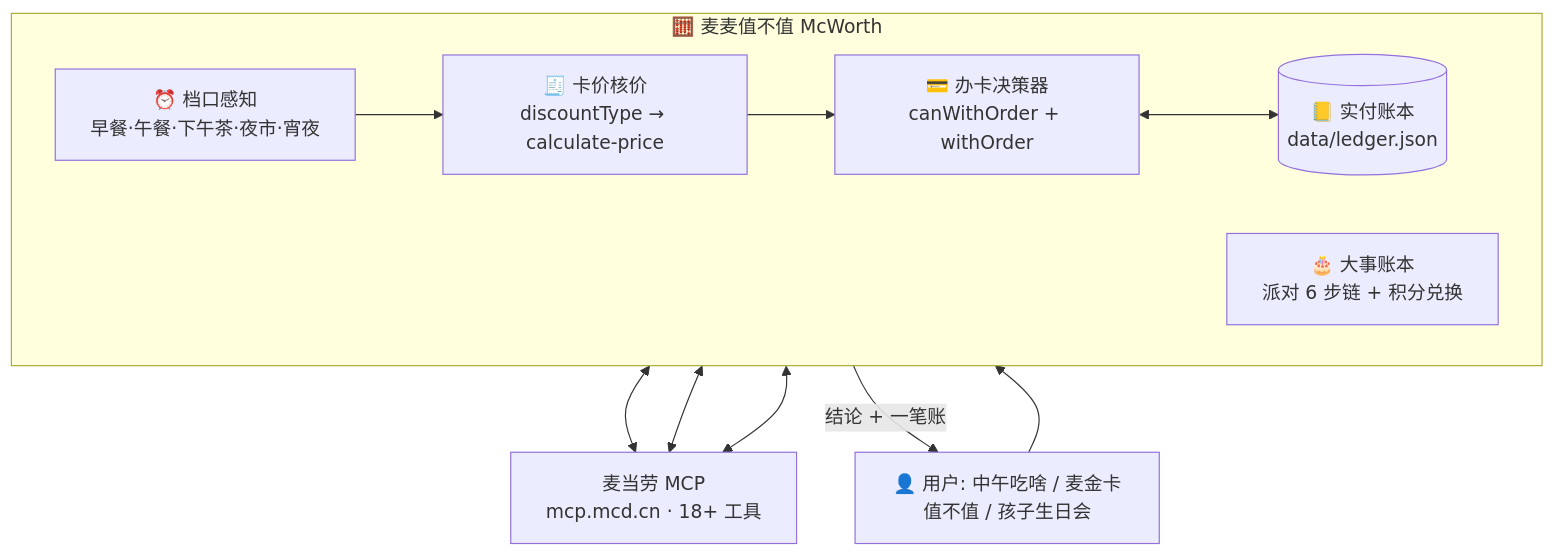
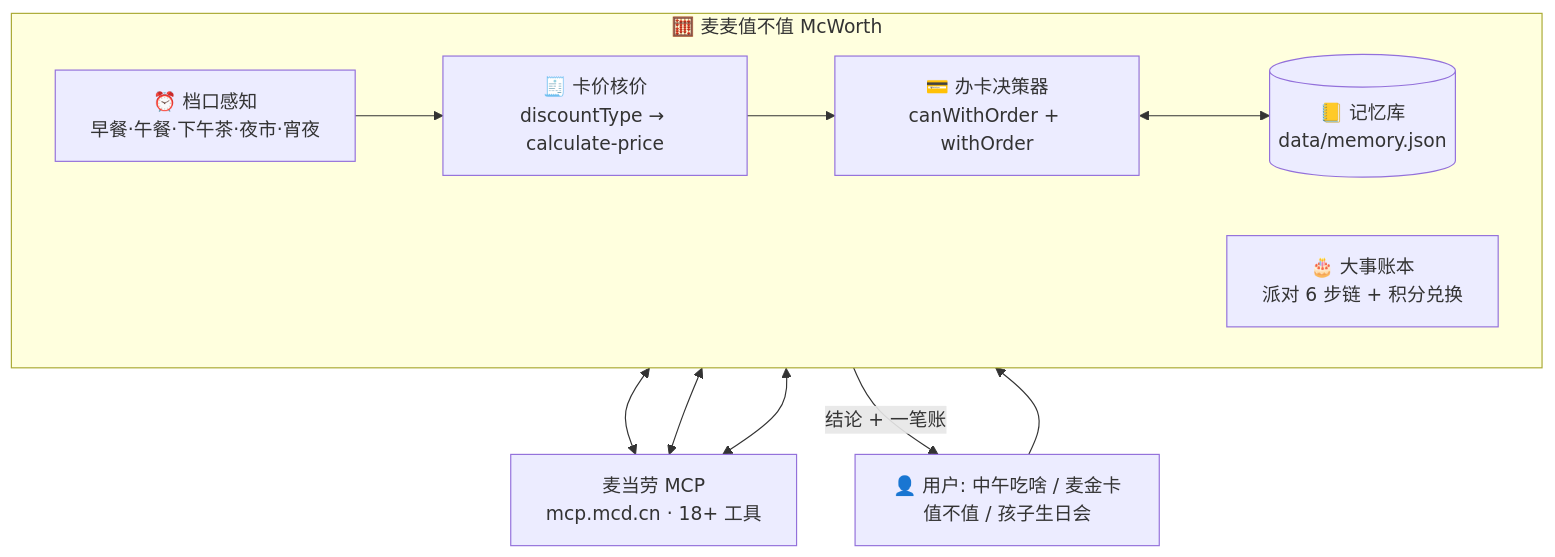
Before and after one commit to d-ouyang/mcd-worth-it: the diagram in README.md, drawn with Mermaid. The commit also changed other lines of this file and 3 other files, not shown here.

````diff
--- a/README.md
+++ b/README.md
@@ -87,22 +88,22 @@
 ```mermaid
 flowchart TD
     U["👤 用户: 中午吃啥 / 麦金卡值不值 / 孩子生日会"]
     subgraph S["🧮 麦麦值不值 McWorth"]
         direction LR
         A["⏰ 档口感知<br/>早餐·午餐·下午茶·夜市·宵夜"]
         B["🧾 卡价核价<br/>discountType → calculate-price"]
         C["💳 办卡决策器<br/>canWithOrder + withOrder"]
         D["🎂 大事账本<br/>派对 6 步链 + 积分兑换"]
-        L[("📒 实付账本<br/>data/ledger.json")]
+        L[("📒 记忆库<br/>data/memory.json")]
     end
     M["麦当劳 MCP<br/>mcp.mcd.cn · 18+ 工具"]
 
     U --> S
     A --> B
     B --> C
     C <--> L
     B <--> M
     C <--> M
     D <--> M
     S -->|"结论 + 一笔账"| U
 ```
````
